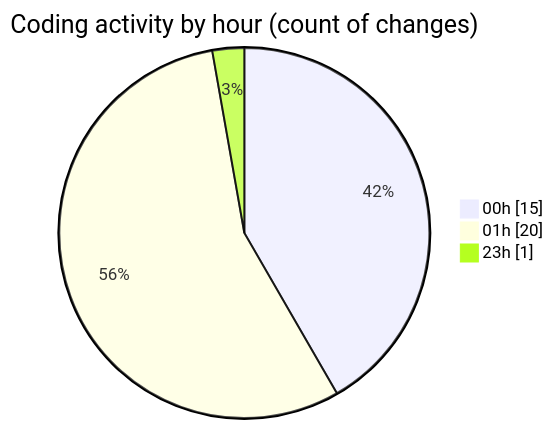
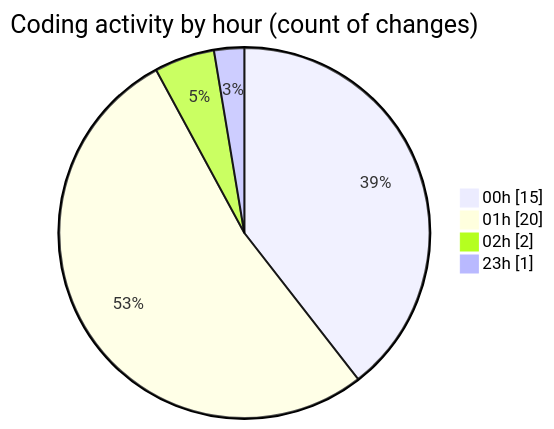
One commit to lephambinh05/code-tracking changed the second of 2 diagrams in 2025-08-04/studybuddy/README.md. Above: the diagram before and after it, drawn with Mermaid. The commit also changed other lines of this file and 1 other file, not shown here.

````diff
--- a/2025-08-04/studybuddy/README.md
+++ b/2025-08-04/studybuddy/README.md
@@ -42,7 +43,8 @@
 ```mermaid
 pie showData
 title Coding activity by hour (count of changes)
 "00h" : 15
 "01h" : 20
+"02h" : 2
 "23h" : 1
 ```
````
